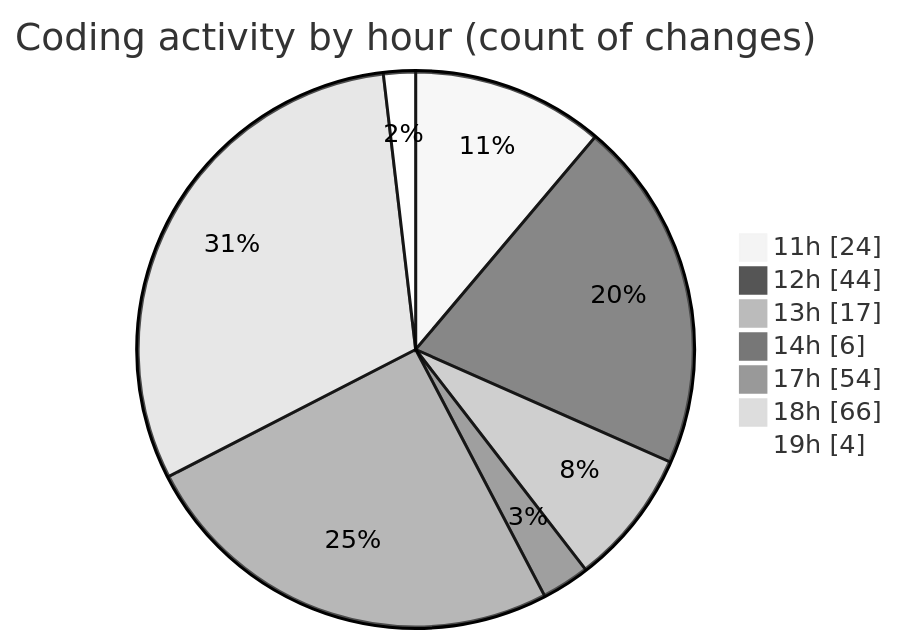
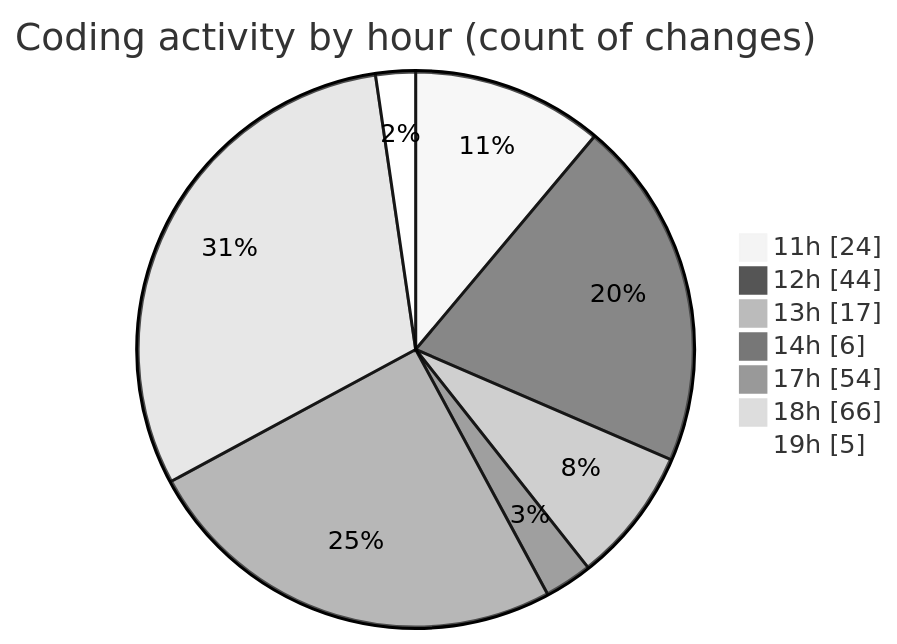
The second of 2 diagrams in 2025-05-10/argos-dev/README.md (nxtqubesakshisongat/code-tracking), drawn with Mermaid (neutral theme) before and after one commit. The commit also changed other lines of this file and 1 other file, not shown here.

````diff
--- a/2025-05-10/argos-dev/README.md
+++ b/2025-05-10/argos-dev/README.md
@@ -41,11 +41,11 @@
 ```mermaid
 pie showData
 title Coding activity by hour (count of changes)
 "11h" : 24
 "12h" : 44
 "13h" : 17
 "14h" : 6
 "17h" : 54
 "18h" : 66
-"19h" : 4
+"19h" : 5
 ```
````
